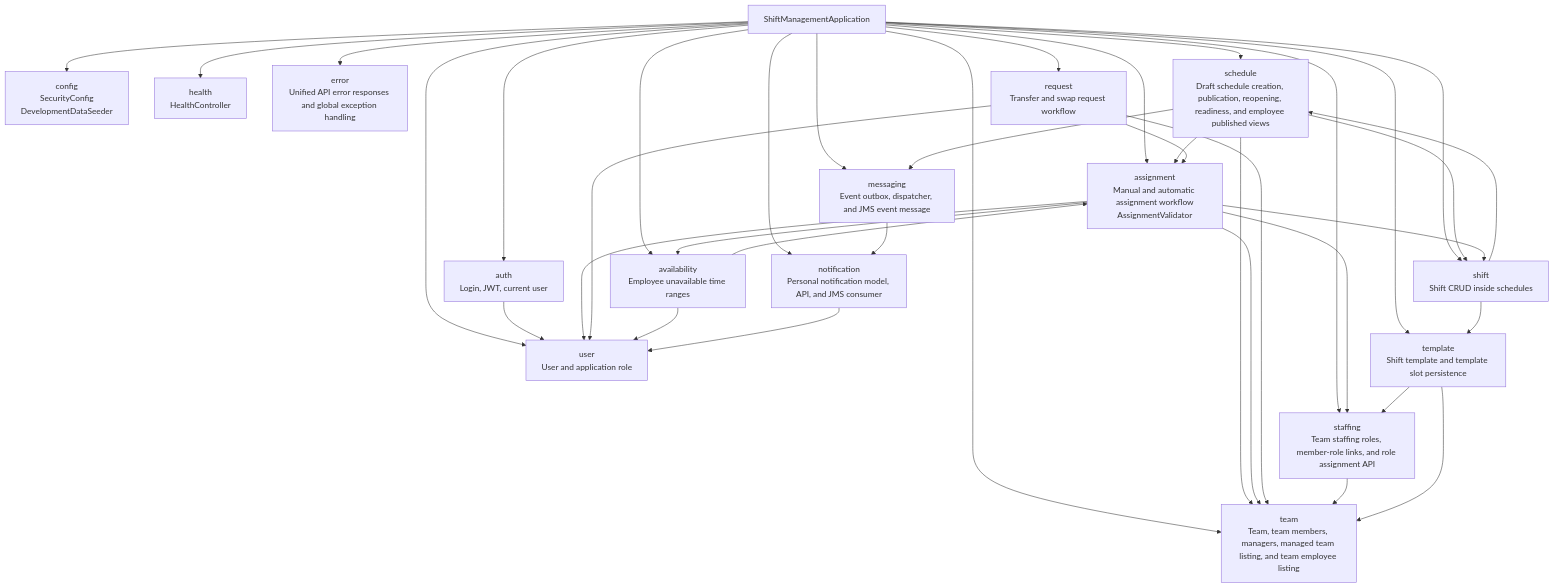
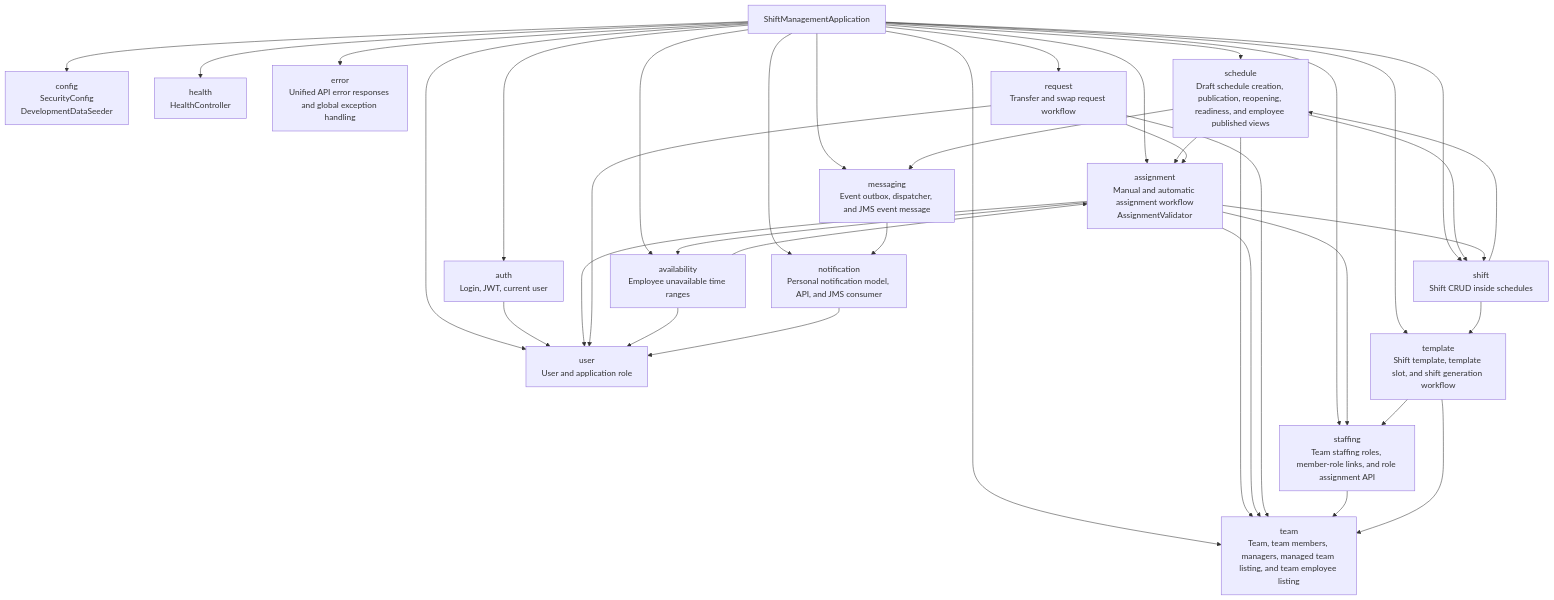
One commit to HiliMor/shift-management-system changed the second of 19 diagrams in docs/current-backend-architecture.md. Above: the diagram before and after it, drawn with Mermaid. The commit also changed other lines of this file and 12 other files, not shown here.

Commit message:
Templates: Add shift generation from templates

````diff
--- a/docs/current-backend-architecture.md
+++ b/docs/current-backend-architecture.md
@@ -76,59 +76,59 @@
 ```mermaid
 flowchart TD
     app["ShiftManagementApplication"]
 
     config["config<br/>SecurityConfig<br/>DevelopmentDataSeeder"]
     health["health<br/>HealthController"]
     auth["auth<br/>Login, JWT, current user"]
     error["error<br/>Unified API error responses and global exception handling"]
     user["user<br/>User and application role"]
     team["team<br/>Team, team members, managers, managed team listing, and team employee listing"]
     schedule["schedule<br/>Draft schedule creation, publication, reopening, readiness, and employee published views"]
     shift["shift<br/>Shift CRUD inside schedules"]
     assignment["assignment<br/>Manual and automatic assignment workflow<br/>AssignmentValidator"]
     request["request<br/>Transfer and swap request workflow"]
     availability["availability<br/>Employee unavailable time ranges"]
     staffing["staffing<br/>Team staffing roles, member-role links, and role assignment API"]
-    template["template<br/>Shift template and template slot persistence"]
+    template["template<br/>Shift template, template slot, and shift generation workflow"]
     messaging["messaging<br/>Event outbox, dispatcher, and JMS event message"]
     notification["notification<br/>Personal notification model, API, and JMS consumer"]
 
     app --> config
     app --> health
     app --> auth
     app --> error
     app --> user
     app --> team
     app --> schedule
     app --> shift
     app --> assignment
     app --> request
     app --> availability
     app --> staffing
     app --> template
     app --> messaging
     app --> notification
 
     auth --> user
     schedule --> team
     schedule --> shift
     schedule --> assignment
     schedule --> messaging
     messaging --> notification
     shift --> schedule
     assignment --> shift
     assignment --> team
     assignment --> user
     assignment --> availability
     assignment --> staffing
     request --> assignment
     request --> team
     request --> user
     availability --> user
     availability --> assignment
     staffing --> team
     template --> team
     template --> staffing
     shift --> template
     notification --> user
 ```
````
